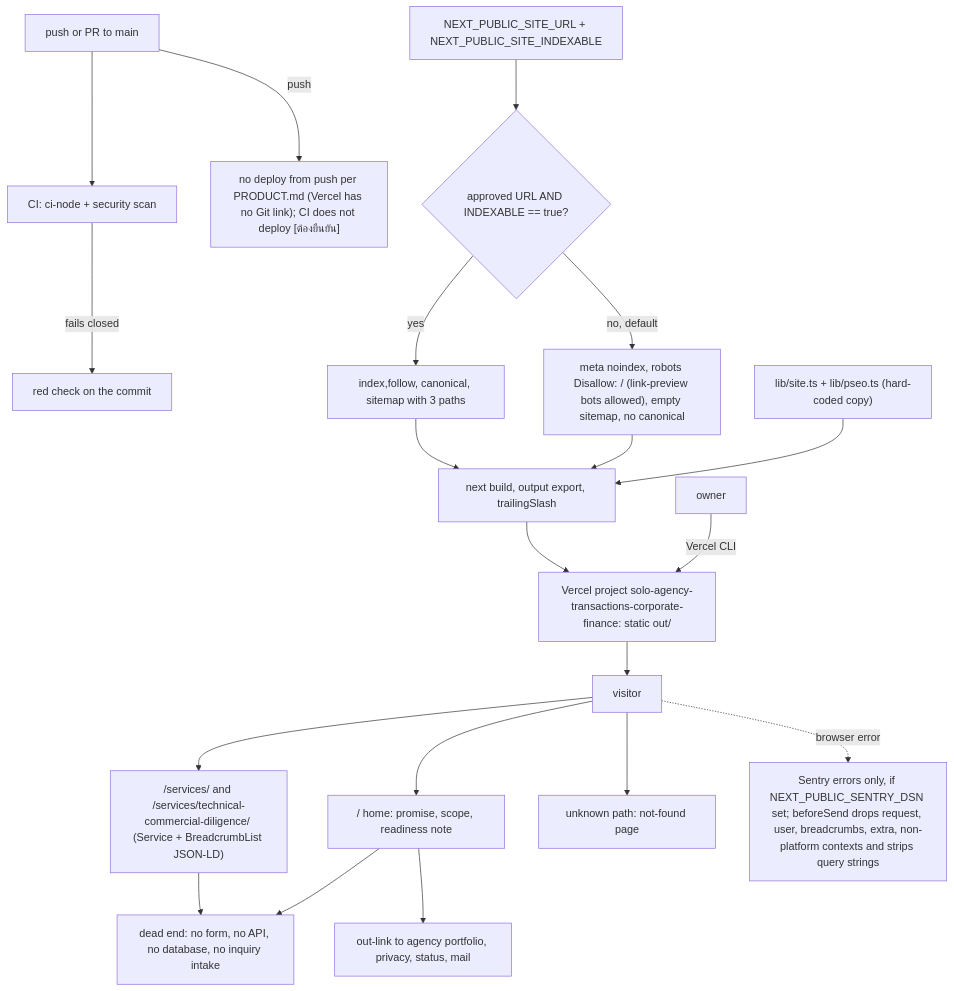
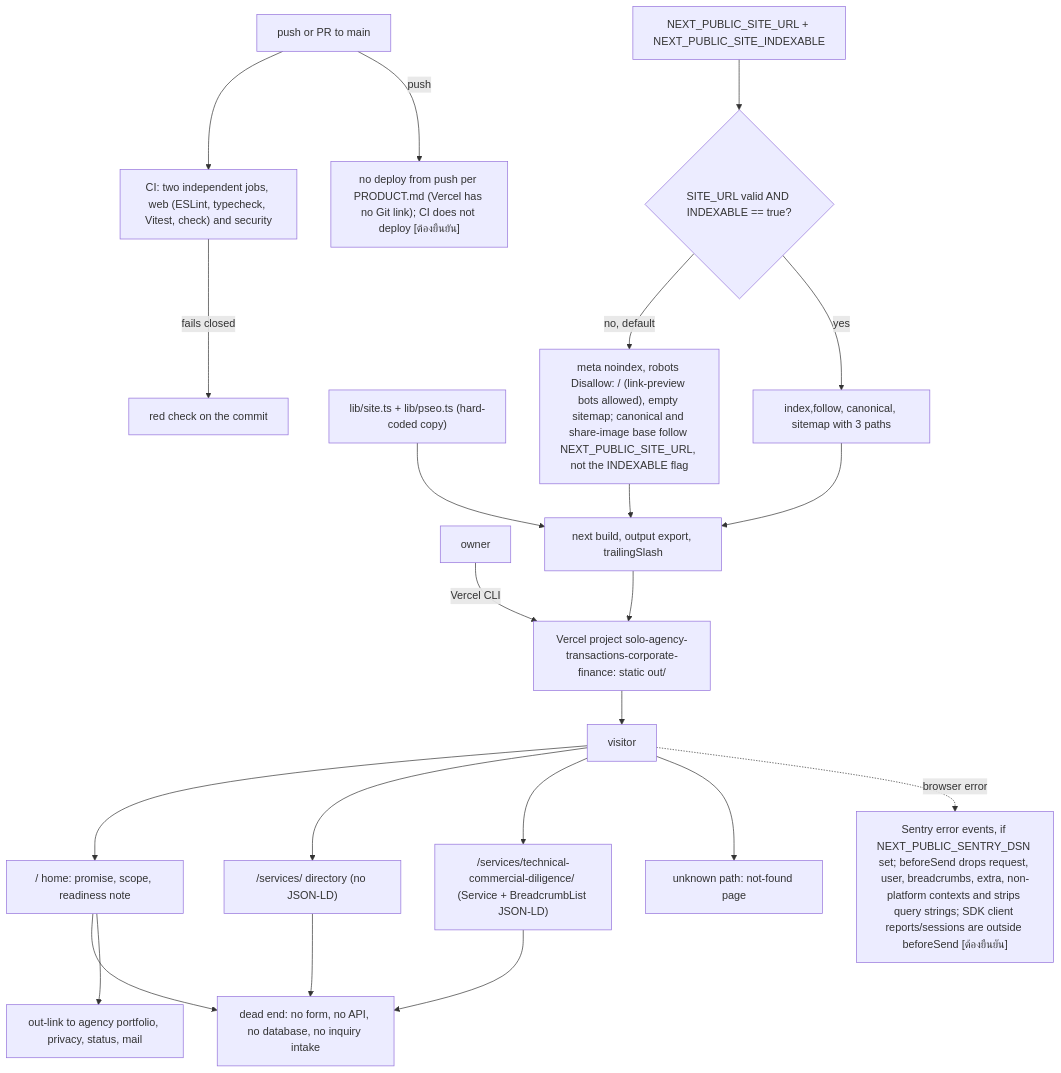
Before and after one commit to bookchaowalit-agency/agency-transactions-corporate-finance-web: the first of 2 diagrams in docs/diagrams/01-business-process.md, drawn with Mermaid. The commit also changed other lines of this file, not shown here.

Commit message:
docs: correct As-Is/To-Be facts from review (01-business-process)

````diff
--- a/docs/diagrams/01-business-process.md
+++ b/docs/diagrams/01-business-process.md
@@ -9,22 +9,24 @@
 ```mermaid
 flowchart TD
-  DEV["push or PR to main"] --> CI["CI: ci-node + security scan"]
+  DEV["push or PR to main"] --> CI["CI: two independent jobs, web (ESLint, typecheck, Vitest, check) and security"]
   CI -->|"fails closed"| CIFAIL["red check on the commit"]
   DEV -->|"push"| NODEPLOY["no deploy from push per PRODUCT.md (Vercel has no Git link); CI does not deploy [ต้องยืนยัน]"]
   OWNER["owner"] -->|"Vercel CLI"| VERCEL["Vercel project solo-agency-transactions-corporate-finance: static out/"]
   DATA["lib/site.ts + lib/pseo.ts (hard-coded copy)"] --> BUILD["next build, output export, trailingSlash"]
-  ENV["NEXT_PUBLIC_SITE_URL + NEXT_PUBLIC_SITE_INDEXABLE"] --> GATE{"approved URL AND INDEXABLE == true?"}
-  GATE -->|no, default| NOIDX["meta noindex, robots Disallow: / (link-preview bots allowed), empty sitemap, no canonical"]
+  ENV["NEXT_PUBLIC_SITE_URL + NEXT_PUBLIC_SITE_INDEXABLE"] --> GATE{"SITE_URL valid AND INDEXABLE == true?"}
+  GATE -->|no, default| NOIDX["meta noindex, robots Disallow: / (link-preview bots allowed), empty sitemap; canonical and share-image base follow NEXT_PUBLIC_SITE_URL, not the INDEXABLE flag"]
   GATE -->|yes| IDX["index,follow, canonical, sitemap with 3 paths"]
   NOIDX --> BUILD
   IDX --> BUILD
   BUILD --> VERCEL
   VISITOR["visitor"] --> HOME["/ home: promise, scope, readiness note"]
-  VISITOR --> SERVICE["/services/ and /services/technical-commercial-diligence/ (Service + BreadcrumbList JSON-LD)"]
+  VISITOR --> SERVICE["/services/ directory (no JSON-LD)"]
+  VISITOR --> DETAIL["/services/technical-commercial-diligence/ (Service + BreadcrumbList JSON-LD)"]
   VISITOR --> OTHER["unknown path: not-found page"]
   HOME --> NOFORM["dead end: no form, no API, no database, no inquiry intake"]
   HOME --> PORTFOLIO["out-link to agency portfolio, privacy, status, mail"]
   SERVICE --> NOFORM
+  DETAIL --> NOFORM
   VERCEL --> VISITOR
-  VISITOR -.->|"browser error"| SENTRY["Sentry errors only, if NEXT_PUBLIC_SENTRY_DSN set; beforeSend drops request, user, breadcrumbs, extra, non-platform contexts and strips query strings"]
+  VISITOR -.->|"browser error"| SENTRY["Sentry error events, if NEXT_PUBLIC_SENTRY_DSN set; beforeSend drops request, user, breadcrumbs, extra, non-platform contexts and strips query strings; SDK client reports/sessions are outside beforeSend [ต้องยืนยัน]"]
 ```
````
